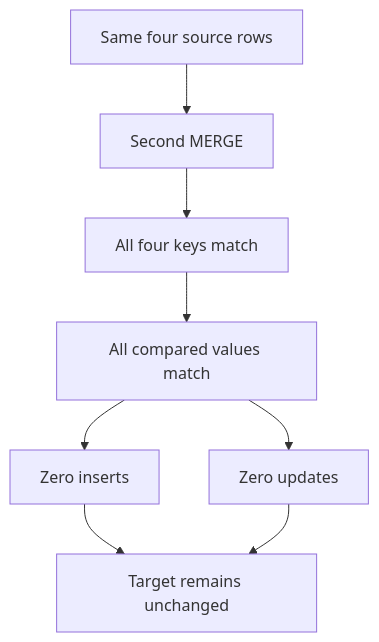
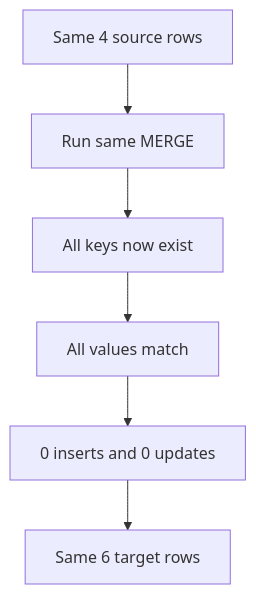
Before and after one commit to tg117official/microsoft_fabric_preparation: the fourth of 4 diagrams in Microsoft_Fabric_Session_06_Delta_Merge_and_Idempotent_Incremental_Loads.md, drawn with Mermaid. The commit also changed other lines of this file, not shown here.

````diff
--- a/Microsoft_Fabric_Session_06_Delta_Merge_and_Idempotent_Incremental_Loads.md
+++ b/Microsoft_Fabric_Session_06_Delta_Merge_and_Idempotent_Incremental_Loads.md
@@ -801,10 +812,8 @@
 ```mermaid
 flowchart TD
-    A["Same four source rows"] --> B["Second MERGE"]
-    B --> C["All four keys match"]
-    C --> D["All compared values match"]
-    D --> E["Zero inserts"]
-    D --> F["Zero updates"]
-    E --> G["Target remains unchanged"]
-    F --> G
+    A["Same 4 source rows"] --> B["Run same MERGE"]
+    B --> C["All keys now exist"]
+    C --> D["All values match"]
+    D --> E["0 inserts and 0 updates"]
+    E --> F["Same 6 target rows"]
 ```
````
